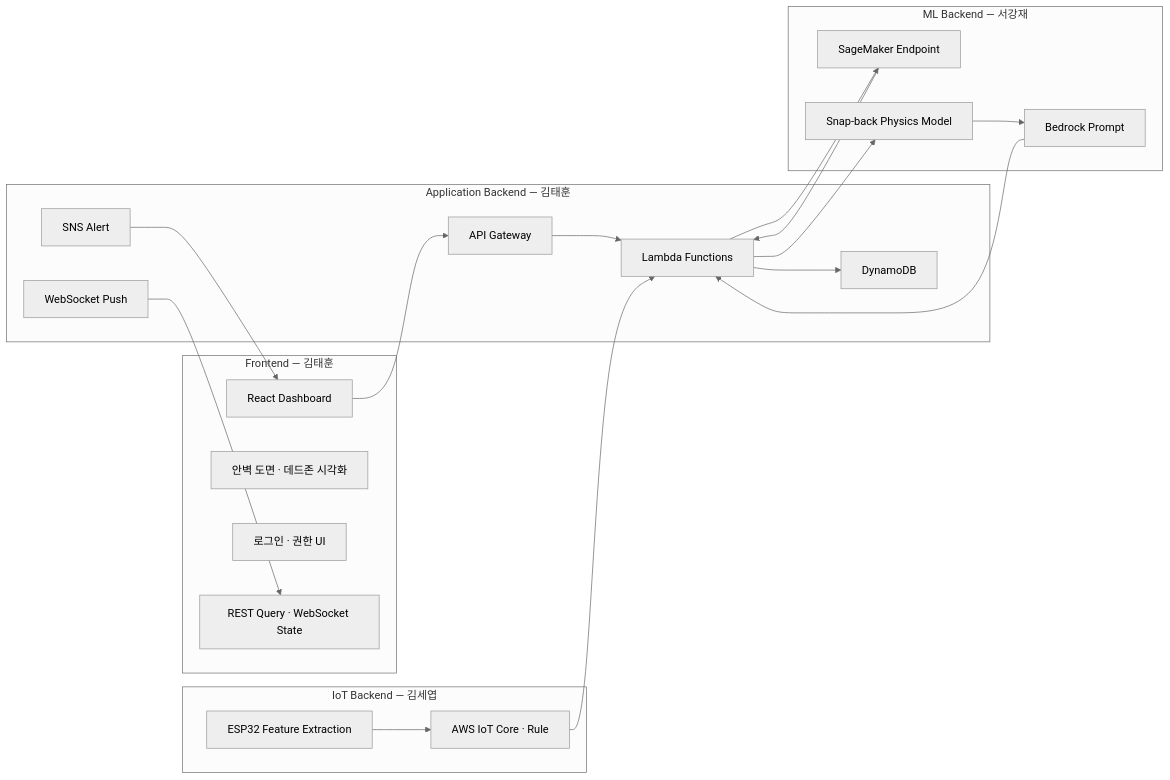
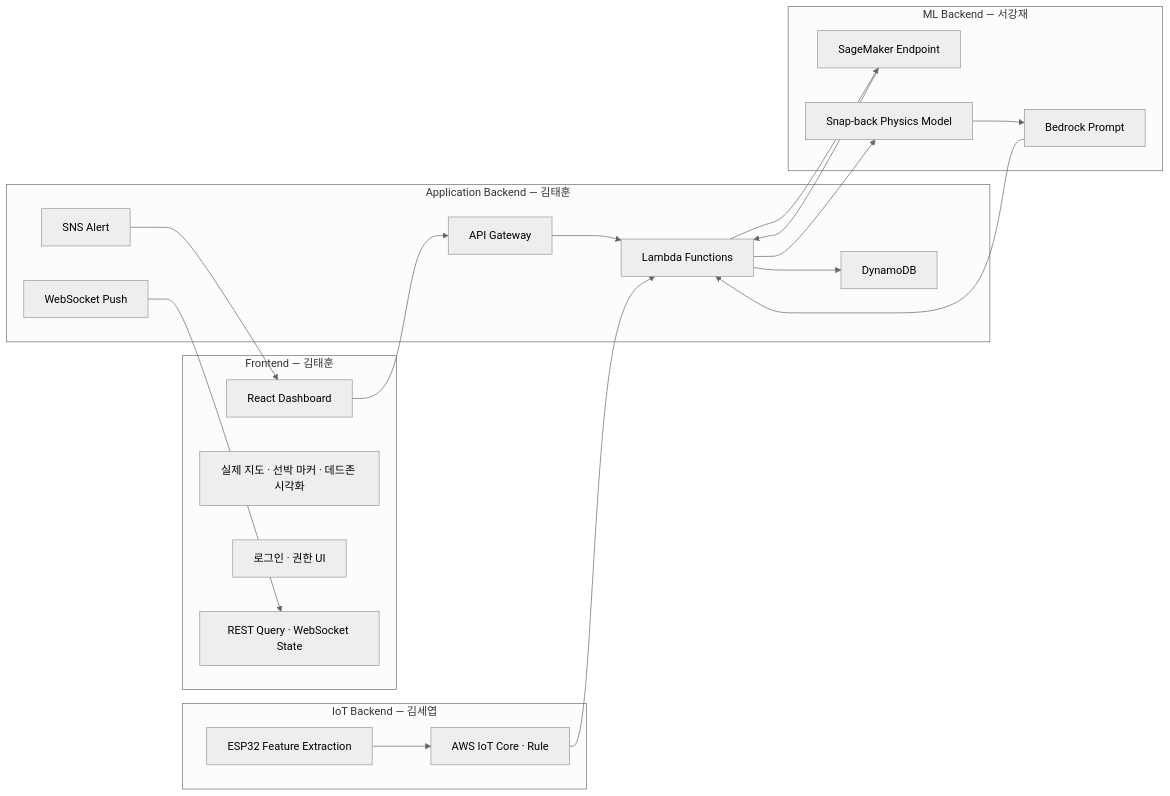
Before and after one commit to AWS-PBL-6/docs: the third of 4 diagrams in docs/ae_sentinel_recommended_architecture.md, drawn with Mermaid (neutral theme). The commit also changed other lines of this file and 5 other files, not shown here.

Commit message:
docs: ship-mounted bollard sensors + Vessel entity across OpenAPI, architecture, interface-contract and AWS account guide

````diff
--- a/docs/ae_sentinel_recommended_architecture.md
+++ b/docs/ae_sentinel_recommended_architecture.md
@@ -269,42 +275,42 @@
 ```mermaid
 flowchart LR
     subgraph FRONT["Frontend — 김태훈"]
         REACT["React Dashboard"]
-        MAP["안벽 도면 · 데드존 시각화"]
+        MAP["실제 지도 · 선박 마커 · 데드존 시각화"]
         AUTHUI["로그인 · 권한 UI"]
         STATE["REST Query · WebSocket State"]
     end
 
     subgraph APPBE["Application Backend — 김태훈"]
         API["API Gateway"]
         LAMBDA["Lambda Functions"]
         DB["DynamoDB"]
         PUSH["WebSocket Push"]
         NOTI["SNS Alert"]
     end
 
     subgraph IOTTEAM["IoT Backend — 김세엽"]
         EDGE["ESP32 Feature Extraction"]
         CORE["AWS IoT Core · Rule"]
     end
 
     subgraph MLTEAM["ML Backend — 서강재"]
         MODEL["SageMaker Endpoint"]
         PHY["Snap-back Physics Model"]
         BR["Bedrock Prompt"]
     end
 
     REACT --> API
     API --> LAMBDA
     LAMBDA --> DB
     PUSH --> STATE
     NOTI --> REACT
 
     EDGE --> CORE
     CORE --> LAMBDA
     LAMBDA --> MODEL
     MODEL --> LAMBDA
     LAMBDA --> PHY
     PHY --> BR
     BR --> LAMBDA
 ```
````
